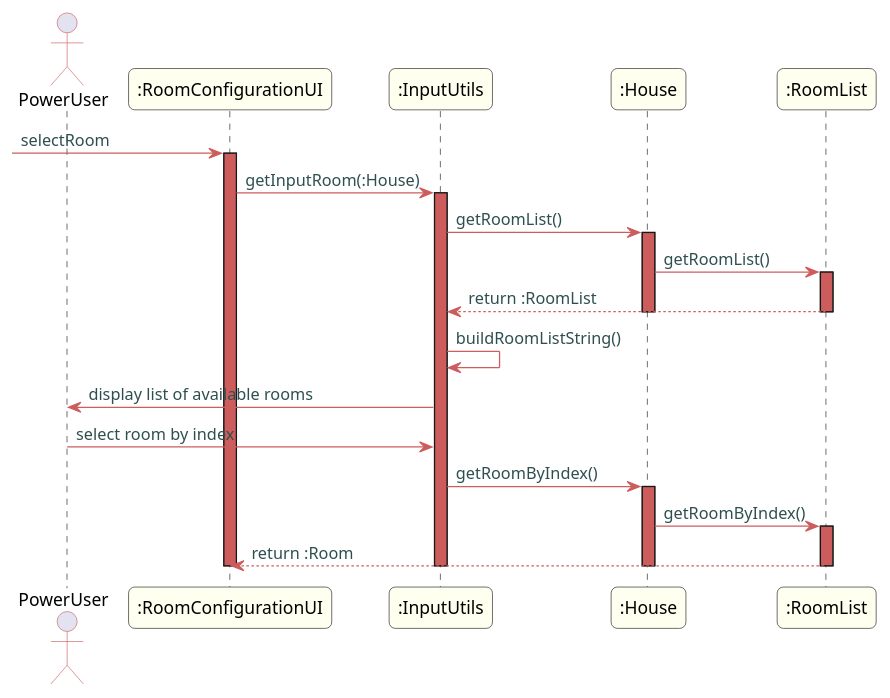
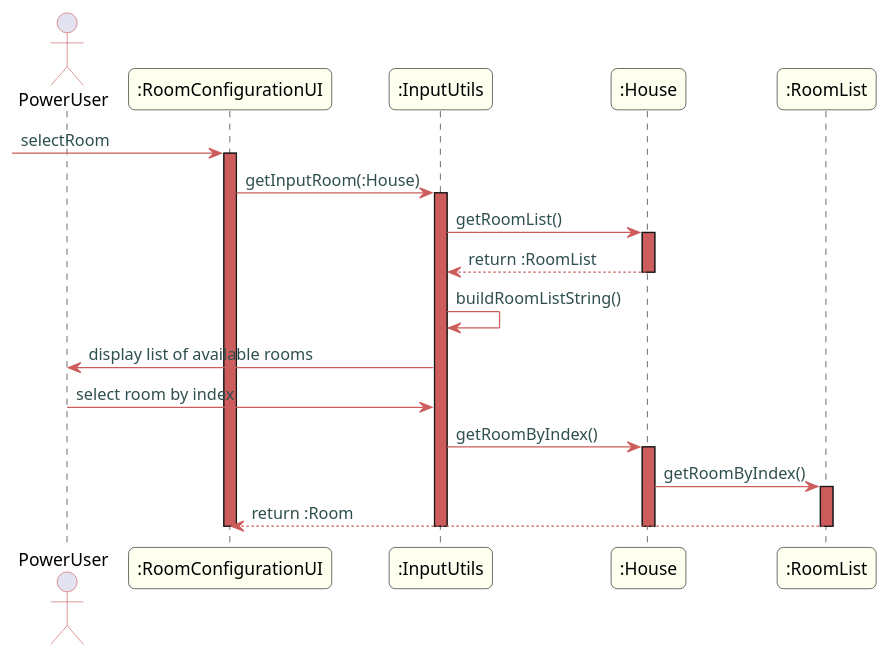
One commit to Almadanmp/project changed the diagram in uml/US222/US222 Ref Select Room.puml. Above: the diagram before and after it, drawn with PlantUML. The commit also changed 2 other files, not shown here.

Commit message:
#103 - UML Sequence Diagram

```diff
--- a/uml/US222/US222 Ref Select Room.puml
+++ b/uml/US222/US222 Ref Select Room.puml
@@ -1,50 +1,48 @@
 @startuml
 skinparam titleBorderRoundCorner 10
 skinparam titleBorderThickness 3
 skinparam titleBorderColor indianred
 skinparam titleBackgroundColor ivory
 skinparam FontName quicksand
 
 skinparam actor {
  	BorderColor indianred
  	}
 
  skinparam sequence {
  	LifeLineBackgroundColor indianred
  	ParticipantBackgroundColor ivory
  }
 
  skinparam roundcorner 10
 
  skinparam component {
    arrowThickness 1
    ArrowFontName Verdana
    ArrowColor indianred
    ArrowFontColor darkslategrey
  }
 actor PowerUser
 
 -> ":RoomConfigurationUI": selectRoom
 activate ":RoomConfigurationUI"
 ":RoomConfigurationUI" -> ":InputUtils": getInputRoom(:House)
 activate ":InputUtils"
 ":InputUtils" -> ":House": getRoomList()
 activate ":House"
-":House" -> ":RoomList": getRoomList()
-activate ":RoomList"
-":RoomList" --> ":InputUtils": return :RoomList
+":House" --> ":InputUtils": return :RoomList
 deactivate ":RoomList"
 deactivate ":House"
 ":InputUtils" -> ":InputUtils": buildRoomListString()
 ":InputUtils" -> PowerUser: display list of available rooms
 PowerUser -> ":InputUtils": select room by index
 ":InputUtils" -> ":House": getRoomByIndex()
 activate ":House"
 ":House" -> ":RoomList": getRoomByIndex()
 activate ":RoomList"
 ":RoomList" --> ":RoomConfigurationUI" : return :Room
 deactivate ":RoomList"
 deactivate ":House"
 deactivate ":RoomConfigurationUI"
 deactivate ":InputUtils"
 @enduml
```
